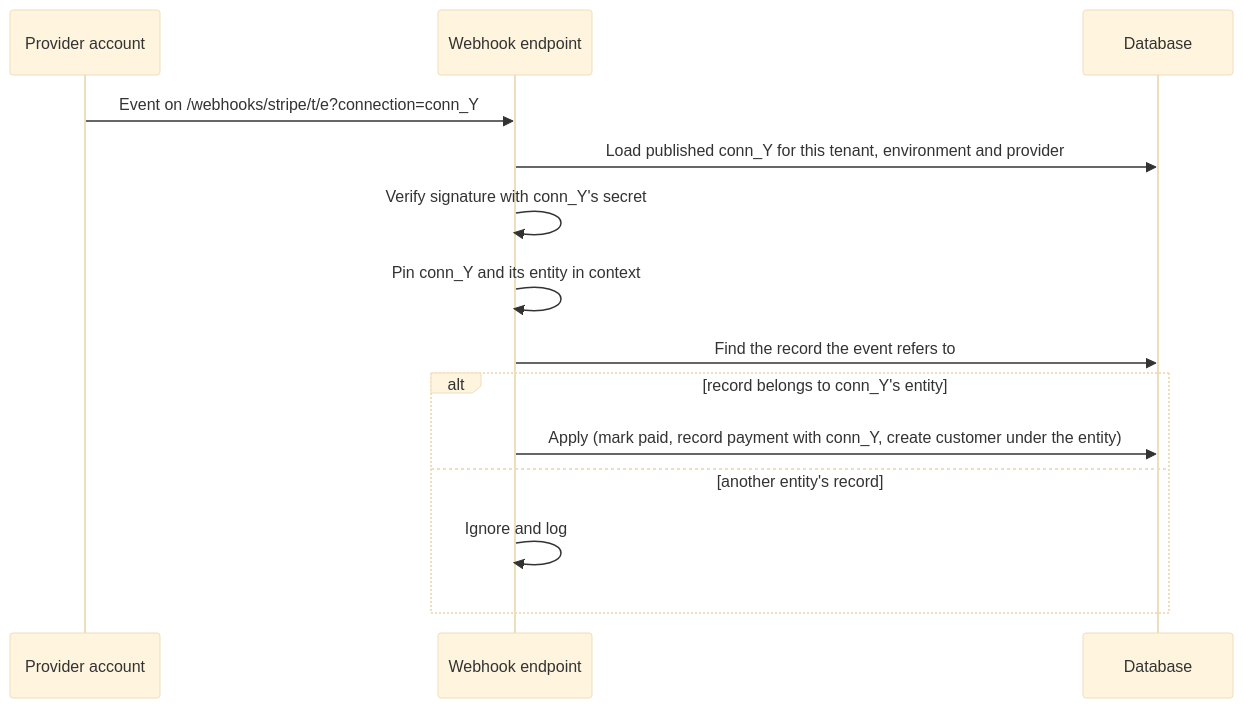
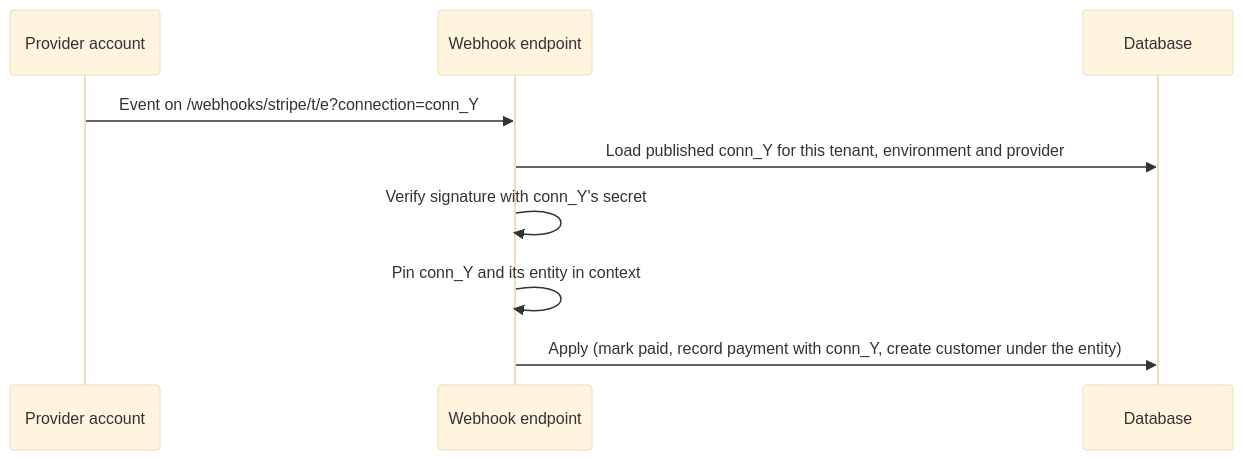
One commit to flexprice/flexprice changed the fifth of 5 diagrams in docs/design/2026-10-28-billing-entities-p2-erd.md. Above: the diagram before and after it, drawn with Mermaid (base theme). The commit also changed other lines of this file and 17 other files, not shown here.

First line of the commit message:
refactor(billing-entities): drop the webhook entity guard; scope the email match on the customer

````diff
--- a/docs/design/2026-10-28-billing-entities-p2-erd.md
+++ b/docs/design/2026-10-28-billing-entities-p2-erd.md
@@ -331,16 +331,11 @@
 ```mermaid
 sequenceDiagram
   participant P as Provider account
   participant API as Webhook endpoint
   participant DB as Database
   P->>API: Event on /webhooks/stripe/t/e?connection=conn_Y
   API->>DB: Load published conn_Y for this tenant, environment and provider
   API->>API: Verify signature with conn_Y's secret
   API->>API: Pin conn_Y and its entity in context
-  API->>DB: Find the record the event refers to
-  alt record belongs to conn_Y's entity
-    API->>DB: Apply (mark paid, record payment with conn_Y, create customer under the entity)
-  else another entity's record
-    API->>API: Ignore and log
-  end
+  API->>DB: Apply (mark paid, record payment with conn_Y, create customer under the entity)
 ```
````
